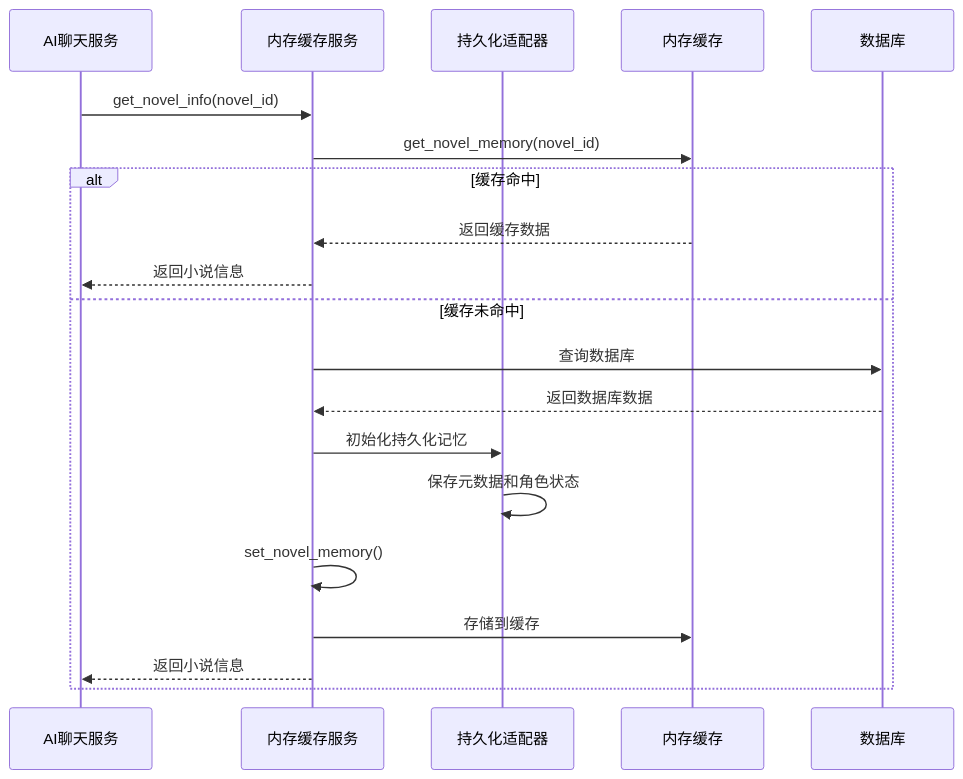
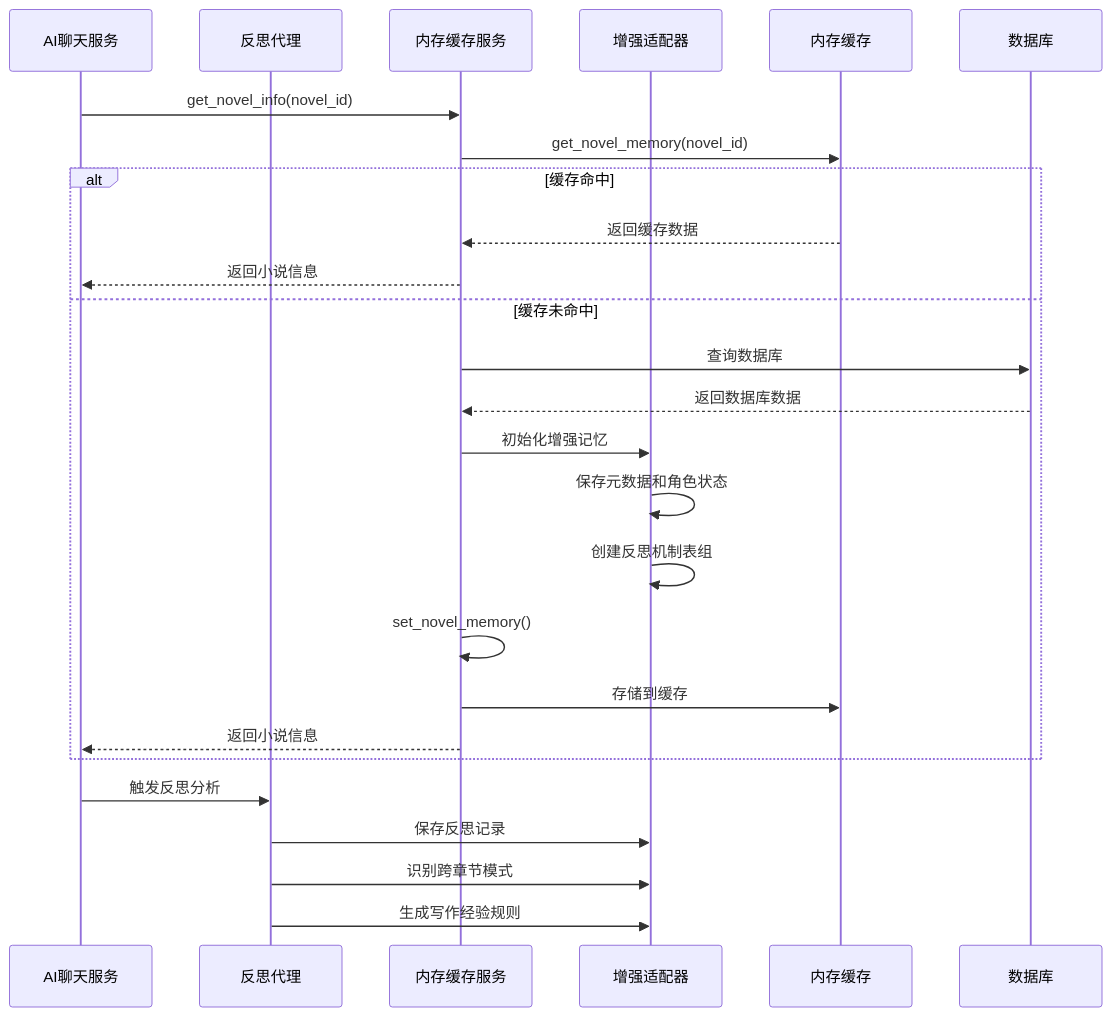
Before and after one commit to xfbyxq/ai-novel-system: the eighth of 8 diagrams in .qoder/repowiki/zh/content/Memory Service.md, drawn with Mermaid. The commit also changed other lines of this file and 11 other files, not shown here.

````diff
--- a/.qoder/repowiki/zh/content/Memory Service.md
+++ b/.qoder/repowiki/zh/content/Memory Service.md
@@ -431,22 +579,28 @@
 ```mermaid
 sequenceDiagram
 participant ChatService as AI聊天服务
+participant ReflectionAgent as 反思代理
 participant MemoryService as 内存缓存服务
-participant PersistentAdapter as 持久化适配器
+participant PersistentAdapter as 增强适配器
 participant Cache as 内存缓存
 participant DB as 数据库
 ChatService->>MemoryService : get_novel_info(novel_id)
 MemoryService->>Cache : get_novel_memory(novel_id)
 alt 缓存命中
 Cache-->>MemoryService : 返回缓存数据
 MemoryService-->>ChatService : 返回小说信息
 else 缓存未命中
 MemoryService->>DB : 查询数据库
 DB-->>MemoryService : 返回数据库数据
-MemoryService->>PersistentAdapter : 初始化持久化记忆
+MemoryService->>PersistentAdapter : 初始化增强记忆
 PersistentAdapter->>PersistentAdapter : 保存元数据和角色状态
+PersistentAdapter->>PersistentAdapter : 创建反思机制表组
 MemoryService->>MemoryService : set_novel_memory()
 MemoryService->>Cache : 存储到缓存
 MemoryService-->>ChatService : 返回小说信息
 end
+ChatService->>ReflectionAgent : 触发反思分析
+ReflectionAgent->>PersistentAdapter : 保存反思记录
+ReflectionAgent->>PersistentAdapter : 识别跨章节模式
+ReflectionAgent->>PersistentAdapter : 生成写作经验规则
 ```
````
